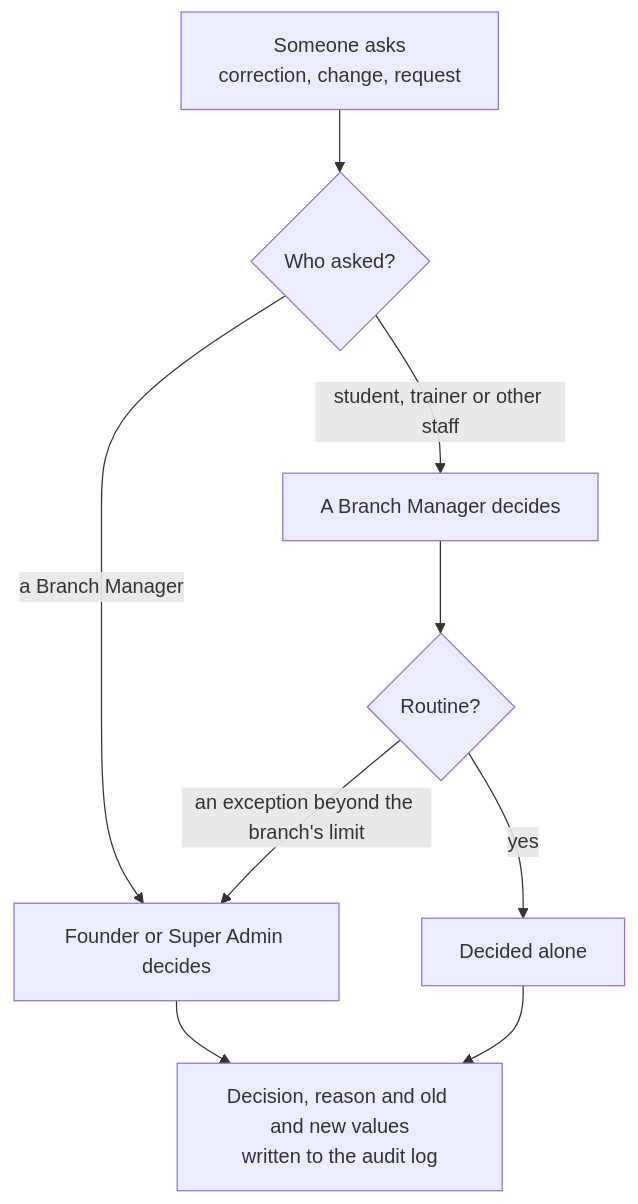
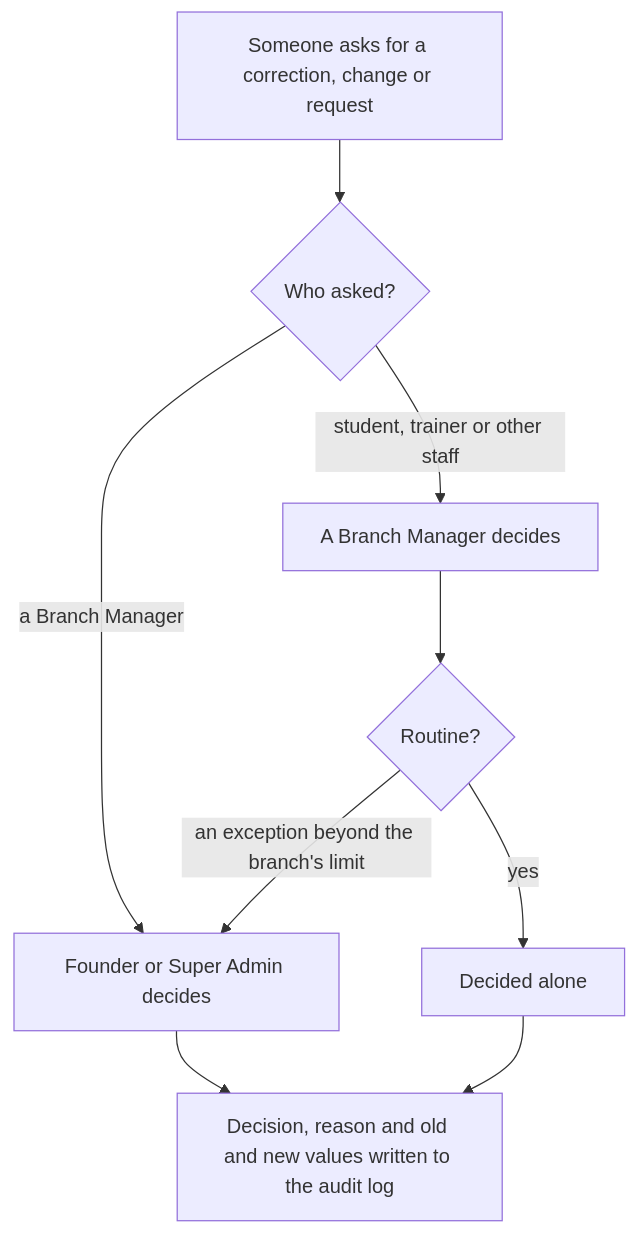
One commit to misterpk-18/nipunalms changed diagram 17 of 17 in docs/PRODUCT_GUIDE.md. Above: the diagram before and after it, drawn with Mermaid. The commit also changed other lines of this file, not shown here.

Commit message:
Product guide: simpler Mermaid syntax, taller layouts, assignment and test charts split

````diff
--- a/docs/PRODUCT_GUIDE.md
+++ b/docs/PRODUCT_GUIDE.md
@@ -323,11 +328,11 @@
 ```mermaid
 flowchart TD
-    A["Someone asks<br/>correction, change, request"] --> B{"Who asked?"}
+    A["Someone asks for a correction, change or request"] --> B{"Who asked?"}
     B -->|"student, trainer or other staff"| C["A Branch Manager decides"]
     B -->|"a Branch Manager"| D["Founder or Super Admin decides"]
     C --> E{"Routine?"}
     E -->|"yes"| F["Decided alone"]
     E -->|"an exception beyond the branch's limit"| D
-    D --> G["Decision, reason and old and new values<br/>written to the audit log"]
+    D --> G["Decision, reason and old and new values written to the audit log"]
     F --> G
 ```
````
